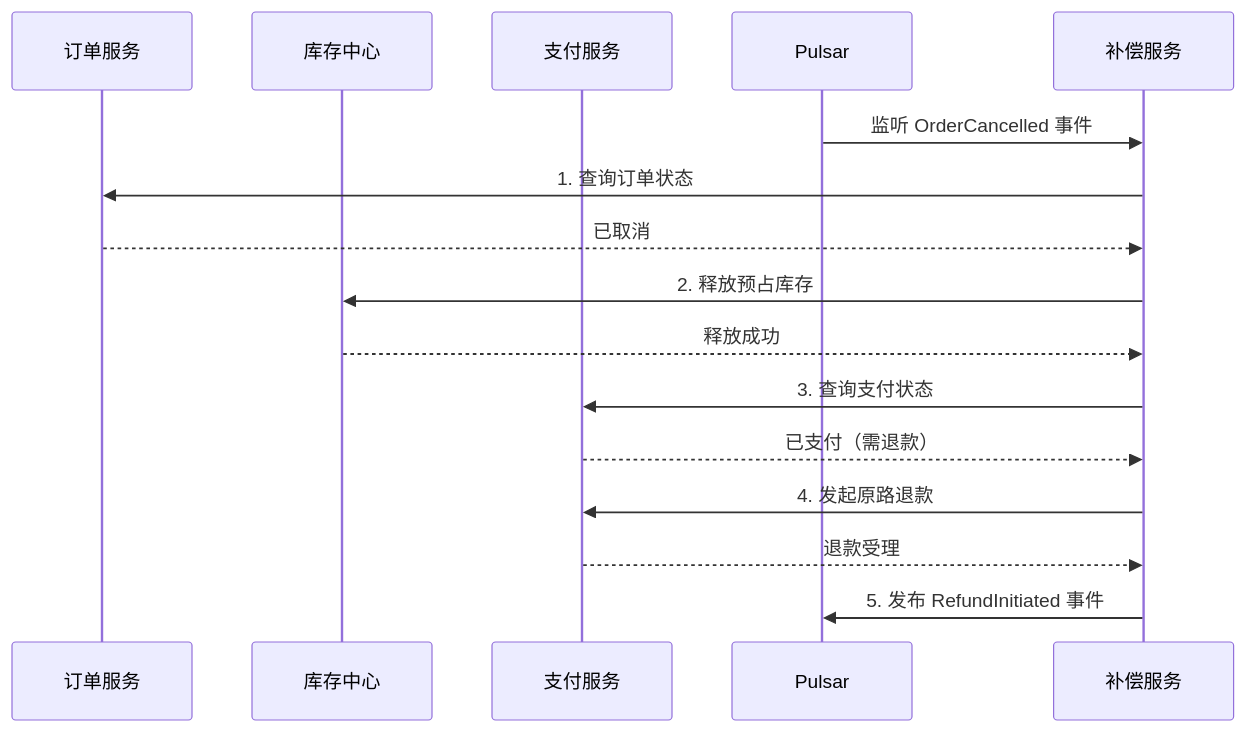
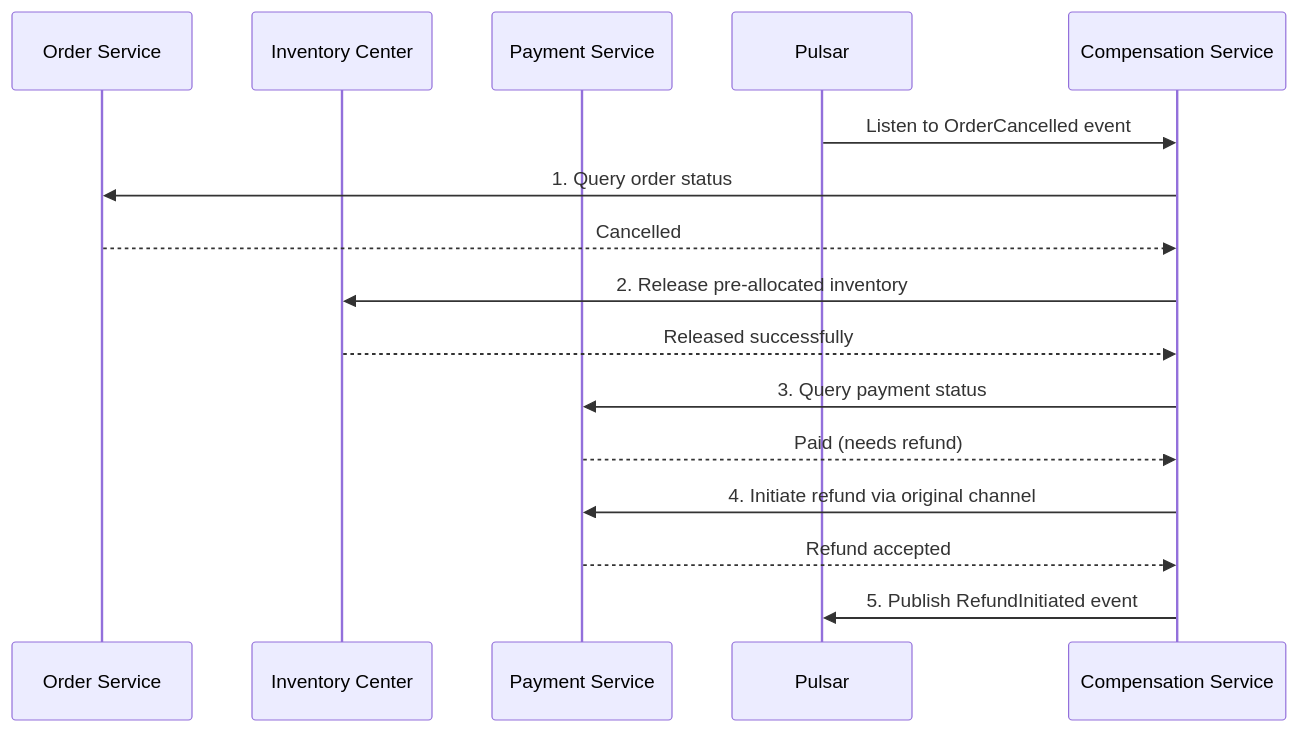
Before and after one commit to Kirky-X/cangjie: the tenth of 15 diagrams in templates/产品/技术层/【模板】架构设计文档.md, drawn with Mermaid. The commit also changed other lines of this file and 46 other files, not shown here.

````diff
--- a/templates/产品/技术层/【模板】架构设计文档.md
+++ b/templates/产品/技术层/【模板】架构设计文档.md
@@ -447,19 +447,19 @@
 ```mermaid
 sequenceDiagram
-    participant OS as 订单服务
-    participant ICS as 库存中心
-    participant PS as 支付服务
+    participant OS as Order Service
+    participant ICS as Inventory Center
+    participant PS as Payment Service
     participant MQ as Pulsar
-    participant CS as 补偿服务
+    participant CS as Compensation Service
 
-    MQ->>CS: 监听 OrderCancelled 事件
-    CS->>OS: 1. 查询订单状态
-    OS-->>CS: 已取消
-    CS->>ICS: 2. 释放预占库存
-    ICS-->>CS: 释放成功
-    CS->>PS: 3. 查询支付状态
-    PS-->>CS: 已支付（需退款）
-    CS->>PS: 4. 发起原路退款
-    PS-->>CS: 退款受理
-    CS->>MQ: 5. 发布 RefundInitiated 事件
+    MQ->>CS: Listen to OrderCancelled event
+    CS->>OS: 1. Query order status
+    OS-->>CS: Cancelled
+    CS->>ICS: 2. Release pre-allocated inventory
+    ICS-->>CS: Released successfully
+    CS->>PS: 3. Query payment status
+    PS-->>CS: Paid (needs refund)
+    CS->>PS: 4. Initiate refund via original channel
+    PS-->>CS: Refund accepted
+    CS->>MQ: 5. Publish RefundInitiated event
 ```
````
